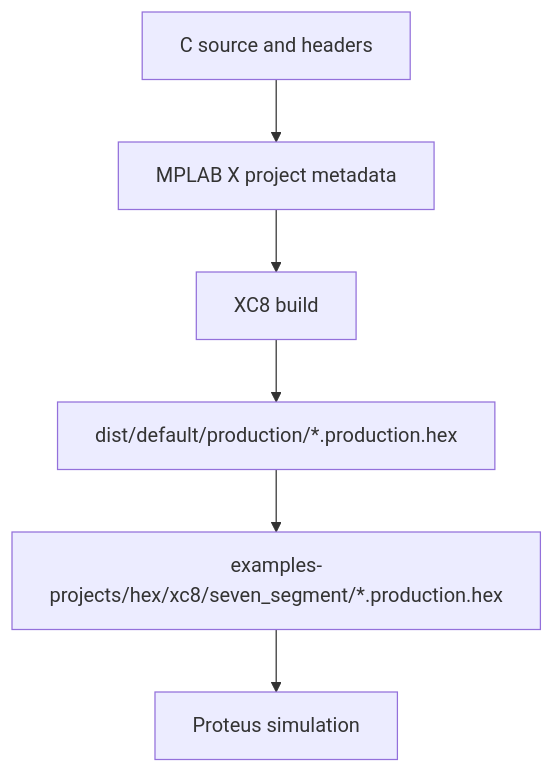
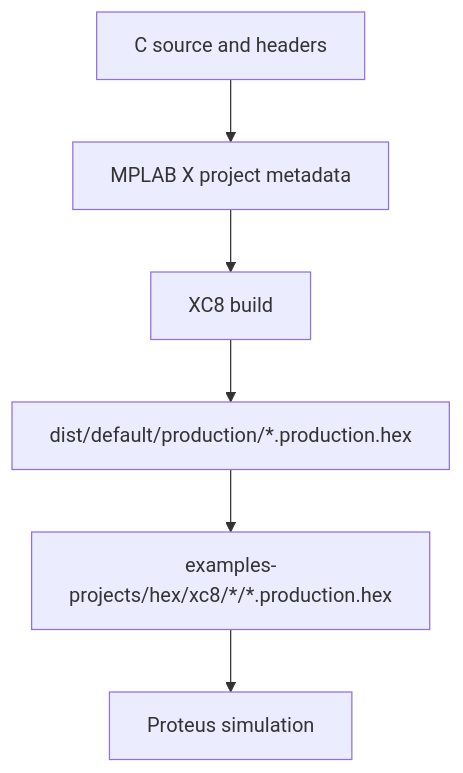
One commit to anatoliWeb/pic-platform changed the diagram in docs/architecture/generation-workflow.md. Above: the diagram before and after it, drawn with Mermaid. The commit also changed other lines of this file and 13 other files, not shown here.

````diff
--- a/docs/architecture/generation-workflow.md
+++ b/docs/architecture/generation-workflow.md
@@ -89,8 +106,8 @@
 ```mermaid
 flowchart TD
     SRC[C source and headers] --> MPLAB[MPLAB X project metadata]
     MPLAB --> BUILD[XC8 build]
     BUILD --> DIST[dist/default/production/*.production.hex]
-    DIST --> ART[examples-projects/hex/xc8/seven_segment/*.production.hex]
+    DIST --> ART[examples-projects/hex/xc8/*/*.production.hex]
     ART --> PROTEUS[Proteus simulation]
 ```
````
